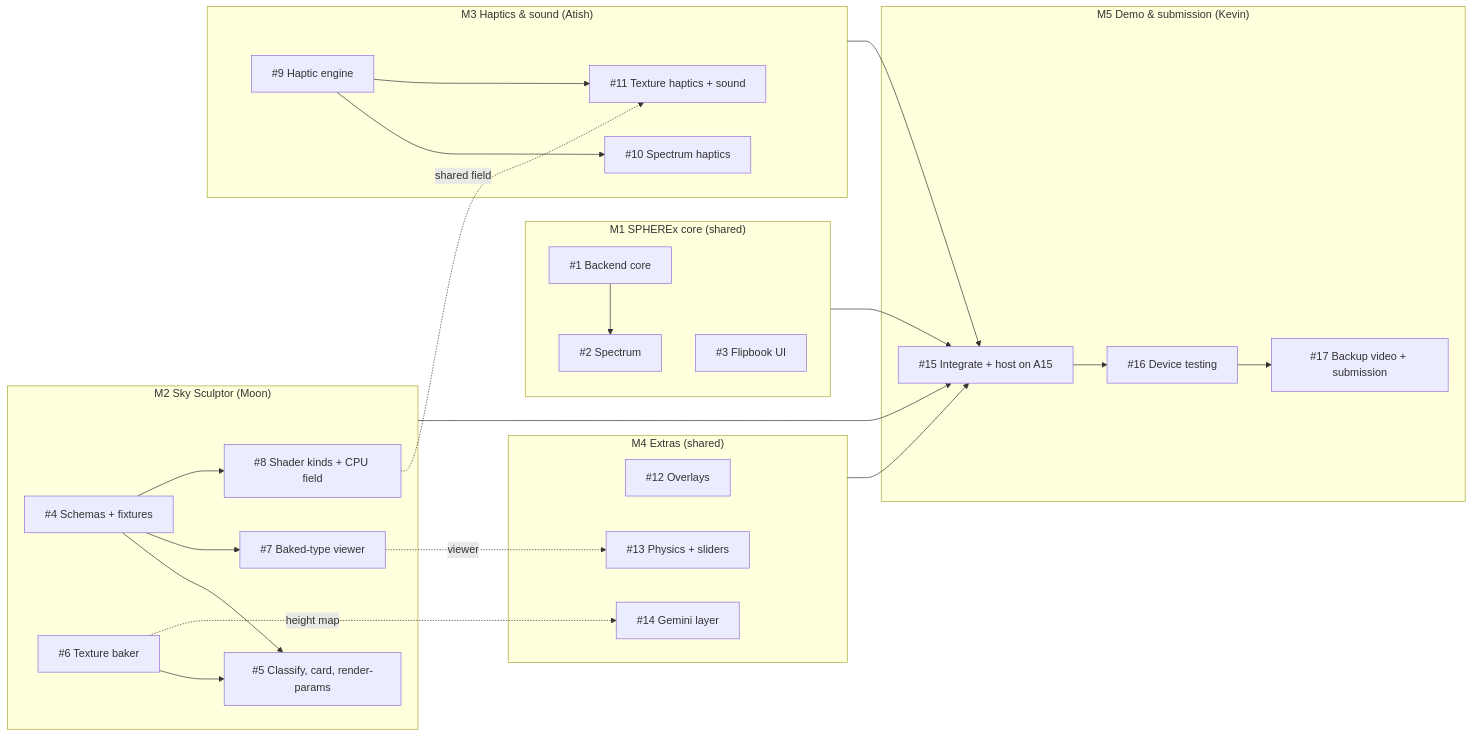
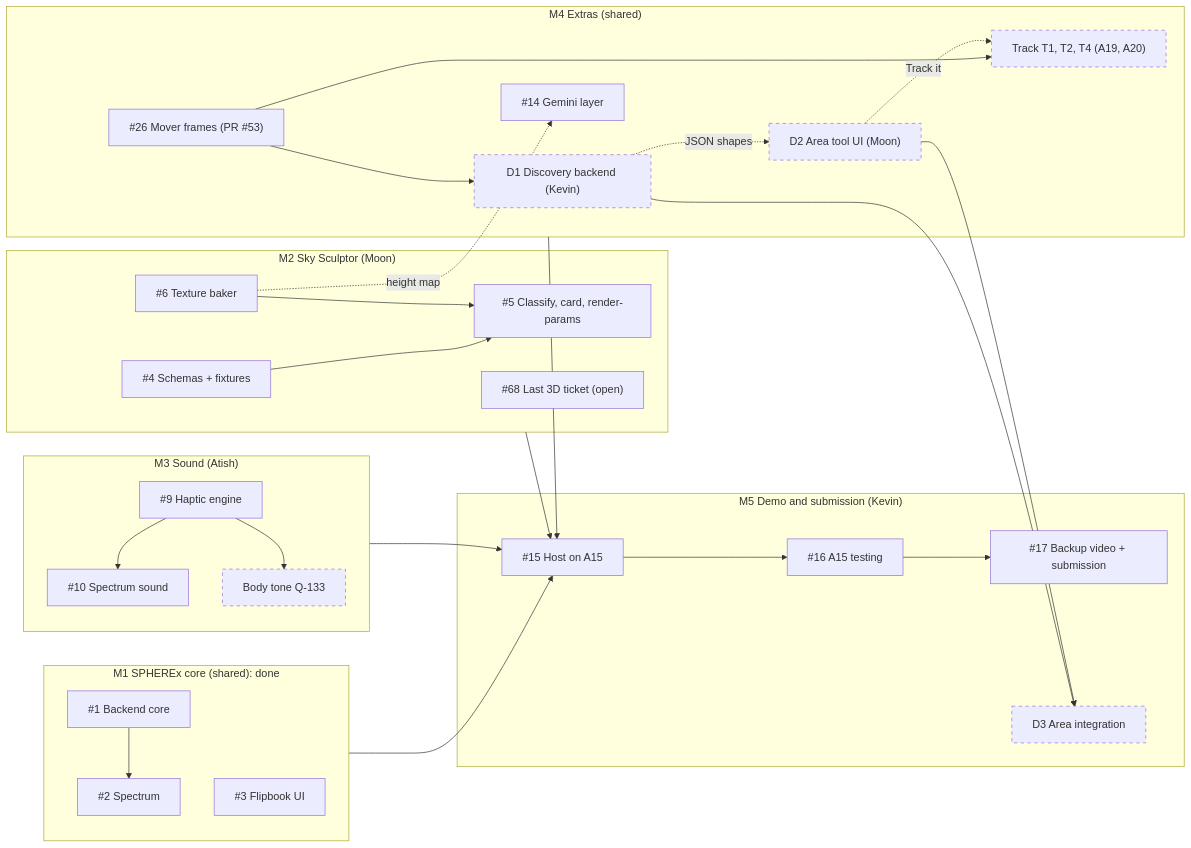
One commit to 0ffrian/SphereX changed the diagram in docs/architecture/plan.md. Above: the diagram before and after it, drawn with Mermaid. The commit also changed other lines of this file and 17 other files, not shown here.

First line of the commit message:
docs(architecture): fix A1-A15, split pipeline and sources, add endpoints, refusals, jobs, targets

````diff
--- a/docs/architecture/plan.md
+++ b/docs/architecture/plan.md
@@ -23,32 +36,33 @@
 ```mermaid
 flowchart LR
-  subgraph M1["M1 SPHEREx core (shared)"]
+  subgraph M1["M1 SPHEREx core (shared): done"]
     I1["#35;1 Backend core"] --> I2["#35;2 Spectrum"]
     I3["#35;3 Flipbook UI"]
   end
   subgraph M2["M2 Sky Sculptor (Moon)"]
     I4["#35;4 Schemas + fixtures"] --> I5["#35;5 Classify, card, render-params"]
-    I4 --> I7["#35;7 Baked-type viewer"]
-    I4 --> I8["#35;8 Shader kinds + CPU field"]
     I6["#35;6 Texture baker"] --> I5
+    I68["#35;68 Last 3D ticket (open)"]
   end
-  subgraph M3["M3 Haptics & sound (Atish)"]
-    I9["#35;9 Haptic engine"] --> I10["#35;10 Spectrum haptics"]
-    I9 --> I11["#35;11 Texture haptics + sound"]
+  subgraph M3["M3 Sound (Atish)"]
+    I9["#35;9 Haptic engine"] --> I10["#35;10 Spectrum sound"]
+    I9 --> TONE["Body tone Q-133"]
   end
   subgraph M4["M4 Extras (shared)"]
-    I12["#35;12 Overlays"]
-    I13["#35;13 Physics + sliders"]
+    I26["#35;26 Mover frames (PR #35;53)"] --> TRK["Track T1, T2, T4 (A19, A20)"]
+    I26 --> D1["D1 Discovery backend (Kevin)"]
+    D2["D2 Area tool UI (Moon)"]
     I14["#35;14 Gemini layer"]
   end
-  subgraph M5["M5 Demo & submission (Kevin)"]
-    I15["#35;15 Integrate + host on A15"] --> I16["#35;16 Device testing"] --> I17["#35;17 Backup video + submission"]
+  subgraph M5["M5 Demo and submission (Kevin)"]
+    I15["#35;15 Host on A15"] --> I16["#35;16 A15 testing"] --> I17["#35;17 Backup video + submission"]
+    D3["D3 Area integration"]
   end
-  I8 -.->|"shared field"| I11
+  D1 -.->|"JSON shapes"| D2
+  D1 & D2 --> D3
+  D2 -.->|"Track it"| TRK
   I6 -.->|"height map"| I14
-  I7 -.->|"viewer"| I13
-  M1 --> I15
-  M2 --> I15
-  M3 --> I15
-  M4 --> I15
+  M1 & M2 & M3 & M4 --> I15
+  classDef notopened stroke-dasharray: 5 5
+  class TONE,TRK,D1,D2,D3 notopened
 ```
````
